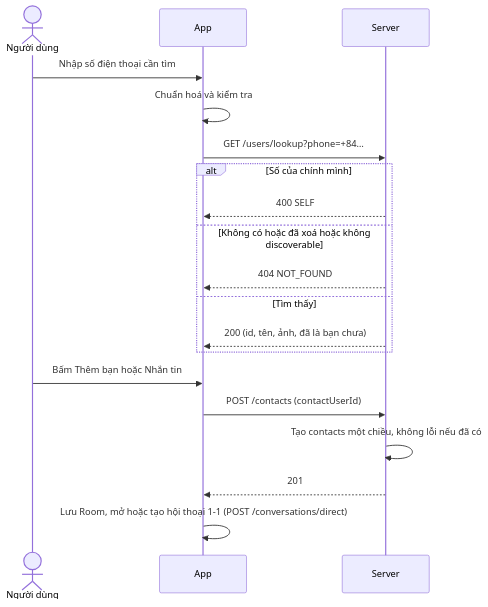
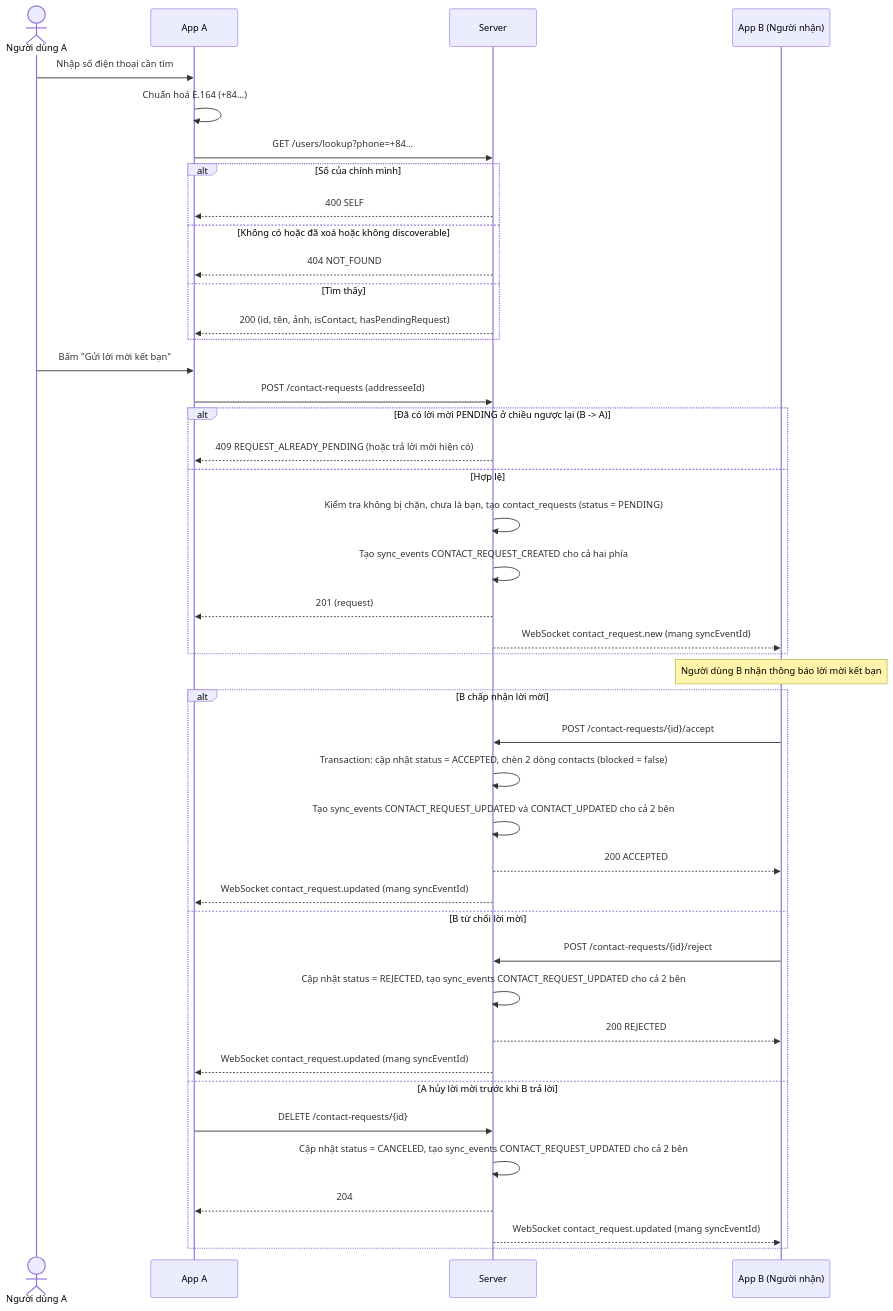
Before and after one commit to Project-Mobile-TEAM/Project_Mobile: the fourth of 10 diagrams in docs/FLOWS.md, drawn with Mermaid. The commit also changed other lines of this file and 8 other files, not shown here.

Commit message:
docs: complete architecture specifications, API contract and deployment security

````diff
--- a/docs/FLOWS.md
+++ b/docs/FLOWS.md
@@ -182,21 +132,45 @@
 ```mermaid
 sequenceDiagram
-    actor U as Người dùng
-    participant A as App
+    actor U as Người dùng A
+    participant A as App A
     participant S as Server
+    participant B as App B (Người nhận)
     U->>A: Nhập số điện thoại cần tìm
-    A->>A: Chuẩn hoá và kiểm tra
+    A->>A: Chuẩn hoá E.164 (+84...)
     A->>S: GET /users/lookup?phone=+84…
     alt Số của chính mình
         S-->>A: 400 SELF
     else Không có hoặc đã xoá hoặc không discoverable
         S-->>A: 404 NOT_FOUND
     else Tìm thấy
-        S-->>A: 200 (id, tên, ảnh, đã là bạn chưa)
+        S-->>A: 200 (id, tên, ảnh, isContact, hasPendingRequest)
     end
-    U->>A: Bấm Thêm bạn hoặc Nhắn tin
-    A->>S: POST /contacts (contactUserId)
-    S->>S: Tạo contacts một chiều, không lỗi nếu đã có
-    S-->>A: 201
-    A->>A: Lưu Room, mở hoặc tạo hội thoại 1-1 (POST /conversations/direct)
+    U->>A: Bấm "Gửi lời mời kết bạn"
+    A->>S: POST /contact-requests (addresseeId)
+    alt Đã có lời mời PENDING ở chiều ngược lại (B -> A)
+        S-->>A: 409 REQUEST_ALREADY_PENDING (hoặc trả lời mời hiện có)
+    else Hợp lệ
+        S->>S: Kiểm tra không bị chặn, chưa là bạn, tạo contact_requests (status = PENDING)
+        S->>S: Tạo sync_events CONTACT_REQUEST_CREATED cho cả hai phía
+        S-->>A: 201 (request)
+        S-->>B: WebSocket contact_request.new (mang syncEventId)
+    end
+    Note over B: Người dùng B nhận thông báo lời mời kết bạn
+    alt B chấp nhận lời mời
+        B->>S: POST /contact-requests/{id}/accept
+        S->>S: Transaction: cập nhật status = ACCEPTED, chèn 2 dòng contacts (blocked = false)
+        S->>S: Tạo sync_events CONTACT_REQUEST_UPDATED và CONTACT_UPDATED cho cả 2 bên
+        S-->>B: 200 ACCEPTED
+        S-->>A: WebSocket contact_request.updated (mang syncEventId)
+    else B từ chối lời mời
+        B->>S: POST /contact-requests/{id}/reject
+        S->>S: Cập nhật status = REJECTED, tạo sync_events CONTACT_REQUEST_UPDATED cho cả 2 bên
+        S-->>B: 200 REJECTED
+        S-->>A: WebSocket contact_request.updated (mang syncEventId)
+    else A hủy lời mời trước khi B trả lời
+        A->>S: DELETE /contact-requests/{id}
+        S->>S: Cập nhật status = CANCELED, tạo sync_events CONTACT_REQUEST_UPDATED cho cả 2 bên
+        S-->>A: 204
+        S-->>B: WebSocket contact_request.updated (mang syncEventId)
+    end
 ```
````
